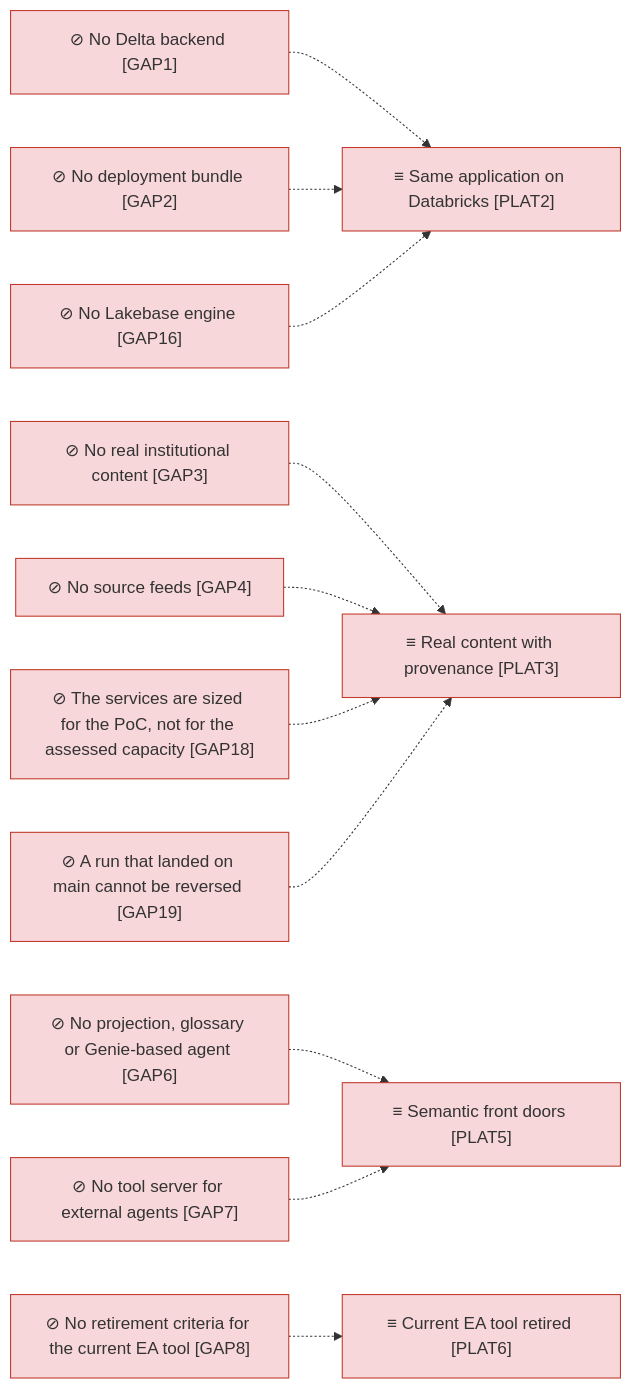
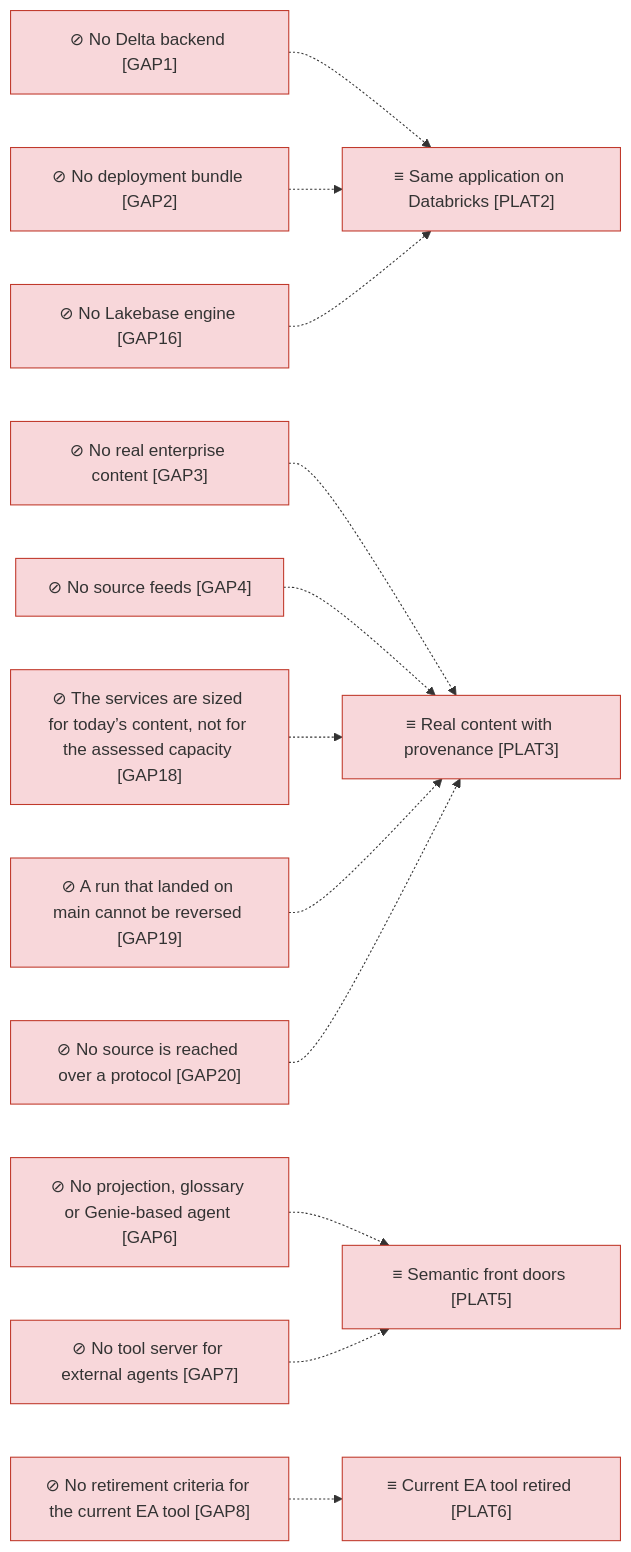
The third of 4 diagrams in architecture/6_transition/1_target-state.md (roanboc/dbx-enterprise-architecture), drawn with Mermaid before and after one commit. The commit also changed other lines of this file and 13 other files, not shown here.

````diff
--- a/architecture/6_transition/1_target-state.md
+++ b/architecture/6_transition/1_target-state.md
@@ -55,29 +57,31 @@
 ```mermaid
 flowchart LR
   p2["≡ Same application on Databricks [PLAT2]"]:::implementation
   p3["≡ Real content with provenance [PLAT3]"]:::implementation
   p5["≡ Semantic front doors [PLAT5]"]:::implementation
   p6["≡ Current EA tool retired [PLAT6]"]:::implementation
   g1["⊘ No Delta backend [GAP1]"]:::implementation
   g2["⊘ No deployment bundle [GAP2]"]:::implementation
   g16["⊘ No Lakebase engine [GAP16]"]:::implementation
-  g3["⊘ No real institutional content [GAP3]"]:::implementation
+  g3["⊘ No real enterprise content [GAP3]"]:::implementation
   g4["⊘ No source feeds [GAP4]"]:::implementation
   g6["⊘ No projection, glossary or Genie-based agent [GAP6]"]:::implementation
   g7["⊘ No tool server for external agents [GAP7]"]:::implementation
   g8["⊘ No retirement criteria for the current EA tool [GAP8]"]:::implementation
-  g18["⊘ The services are sized for the PoC, not for the assessed capacity [GAP18]"]:::implementation
+  g18["⊘ The services are sized for today’s content, not for the assessed capacity [GAP18]"]:::implementation
   g19["⊘ A run that landed on main cannot be reversed [GAP19]"]:::implementation
+  g20["⊘ No source is reached over a protocol [GAP20]"]:::implementation
   g1 -.-> p2
   g2 -.-> p2
   g16 -.-> p2
   g3 -.-> p3
   g4 -.-> p3
   g6 -.-> p5
   g7 -.-> p5
   g8 -.-> p6
   g18 -.-> p3
   g19 -.-> p3
+  g20 -.-> p3
 
   classDef implementation fill:#f8d7da,stroke:#c0392b,color:#333
 ```
````
